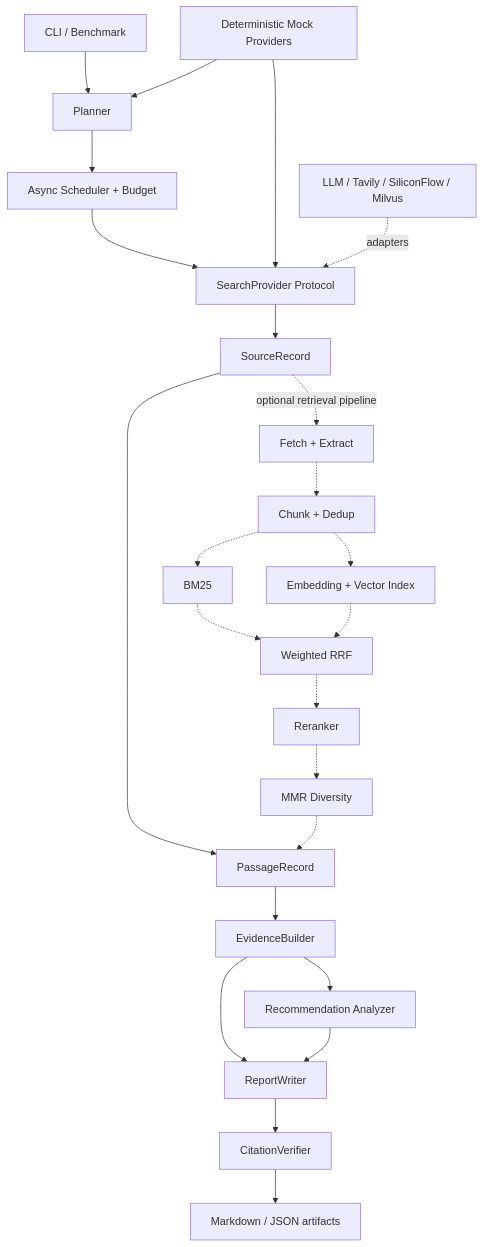
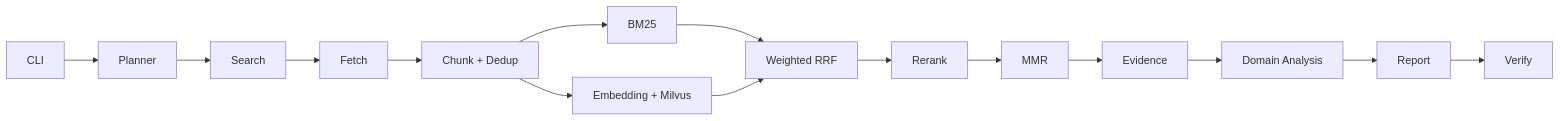
One commit to yzy1147770433/rec-researcher changed the diagram in README.md. Above: the diagram before and after it, drawn with Mermaid. The commit also changed other lines of this file and 7 other files, not shown here.

````diff
--- a/README.md
+++ b/README.md
@@ -46,29 +39,17 @@
 ```mermaid
-flowchart TD
-    CLI[CLI / Benchmark] --> Planner[Planner]
-    Planner --> Scheduler[Async Scheduler + Budget]
-    Scheduler --> Search[SearchProvider Protocol]
-    Search --> Sources[SourceRecord]
-
-    Sources -. optional retrieval pipeline .-> Fetch[Fetch + Extract]
-    Fetch -.-> Chunk[Chunk + Dedup]
-    Chunk -.-> BM25[BM25]
-    Chunk -.-> Dense[Embedding + Vector Index]
-    BM25 -.-> RRF[Weighted RRF]
-    Dense -.-> RRF
-    RRF -.-> Reranker[Reranker]
-    Reranker -.-> MMR[MMR Diversity]
-
-    Sources --> Passages[PassageRecord]
-    MMR -.-> Passages
-    Passages --> Evidence[EvidenceBuilder]
-    Evidence --> Domain[Recommendation Analyzer]
-    Evidence --> Report[ReportWriter]
-    Domain --> Report
-    Report --> Verify[CitationVerifier]
-    Verify --> Artifacts[Markdown / JSON artifacts]
-
-    Mock[Deterministic Mock Providers] --> Planner
-    Mock --> Search
-    Real[LLM / Tavily / SiliconFlow / Milvus] -. adapters .-> Search
+flowchart LR
+    CLI[CLI] --> Planner[Planner]
+    Planner --> Search[Search]
+    Search --> Fetch[Fetch]
+    Fetch --> Chunk[Chunk + Dedup]
+    Chunk --> BM25[BM25]
+    Chunk --> Dense[Embedding + Milvus]
+    BM25 --> RRF[Weighted RRF]
+    Dense --> RRF
+    RRF --> Rerank[Rerank]
+    Rerank --> MMR[MMR]
+    MMR --> Evidence[Evidence]
+    Evidence --> Domain[Domain Analysis]
+    Domain --> Report[Report]
+    Report --> Verify[Verify]
 ```
````
